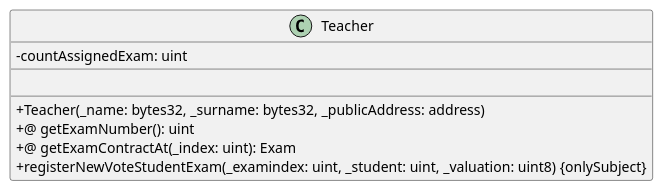
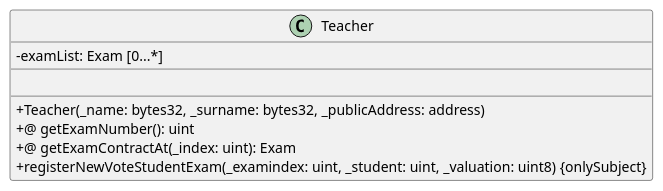
The diagram in Solidity/Contracts/Teacher.iuml (M9k/Marvin-Uml), drawn with PlantUML before and after one commit. The commit also changed 7 other files, not shown here.

```diff
--- a/Solidity/Contracts/Teacher.iuml
+++ b/Solidity/Contracts/Teacher.iuml
@@ -1,13 +1,13 @@
 @startuml
 skinparam classAttributeIconSize 0
 class Teacher {
-- countAssignedExam: uint
+- examList: Exam [0...*]
 __
 
 __
 + Teacher(_name: bytes32, _surname: bytes32, _publicAddress: address)
 +@ getExamNumber(): uint
 +@ getExamContractAt(_index: uint): Exam
 + registerNewVoteStudentExam(_examindex: uint, _student: uint, _valuation: uint8) {onlySubject}
 }
 @enduml
```
